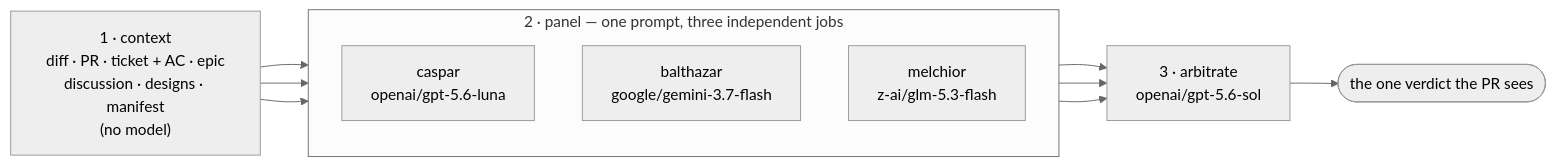
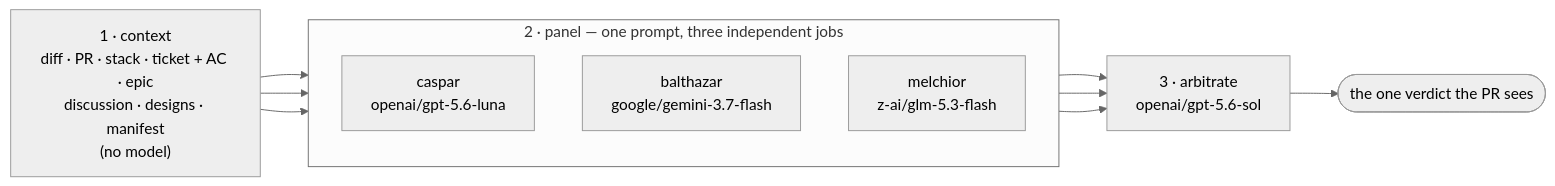
Before and after one commit to BiggerPockets/.github: the diagram in README.md, drawn with Mermaid (neutral theme). The commit also changed other lines of this file and 3 other files, not shown here.

````diff
--- a/README.md
+++ b/README.md
@@ -30,19 +30,19 @@
 ```mermaid
 flowchart LR
-  ctx["1 · context<br/>diff · PR · ticket + AC · epic<br/>discussion · designs · manifest<br/>(no model)"]
+  ctx["1 · context<br/>diff · PR · stack · ticket + AC · epic<br/>discussion · designs · manifest<br/>(no model)"]
   subgraph panel["2 · panel — one prompt, three independent jobs"]
     direction TB
     caspar["caspar<br/>openai/gpt-5.6-luna"]
     balthazar["balthazar<br/>google/gemini-3.7-flash"]
     melchior["melchior<br/>z-ai/glm-5.3-flash"]
   end
   arb["3 · arbitrate<br/>openai/gpt-5.6-sol"]
   posted(["the one verdict the PR sees"])
   ctx --> caspar
   ctx --> balthazar
   ctx --> melchior
   caspar --> arb
   balthazar --> arb
   melchior --> arb
   arb --> posted
 ```
````
